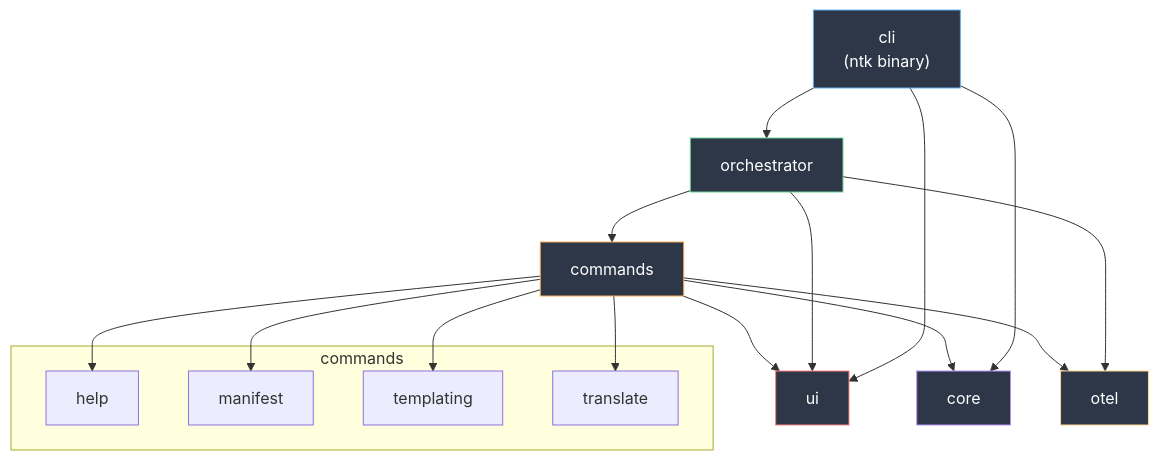
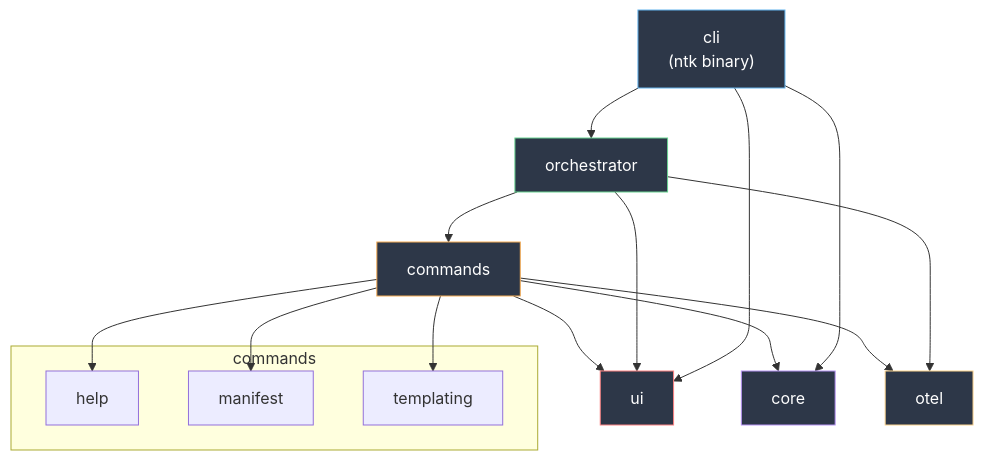
The diagram in README.md (ThiagoGuislotti/nettoolskit-cli), drawn with Mermaid before and after one commit. The commit also changed other lines of this file and 44 other files, not shown here.

````diff
--- a/README.md
+++ b/README.md
@@ -62,38 +62,36 @@
 ```mermaid
 graph TD
     CLI["cli<br/>(ntk binary)"]
     ORC["orchestrator"]
     CMD["commands"]
     UI["ui"]
     CORE["core"]
     OTEL["otel"]
 
     CLI --> ORC
     CLI --> UI
     CLI --> CORE
     ORC --> CMD
     ORC --> UI
     ORC --> OTEL
     CMD --> CORE
     CMD --> UI
     CMD --> OTEL
 
     subgraph "commands"
         HELP["help"]
         MANIFEST["manifest"]
         TEMPLATING["templating"]
-        TRANSLATE["translate"]
     end
 
     CMD --> HELP
     CMD --> MANIFEST
     CMD --> TEMPLATING
-    CMD --> TRANSLATE
 
     style CLI fill:#2d3748,stroke:#63b3ed,color:#fff
     style ORC fill:#2d3748,stroke:#68d391,color:#fff
     style CMD fill:#2d3748,stroke:#f6ad55,color:#fff
     style UI fill:#2d3748,stroke:#fc8181,color:#fff
     style CORE fill:#2d3748,stroke:#b794f4,color:#fff
     style OTEL fill:#2d3748,stroke:#fbd38d,color:#fff
 ```
````
